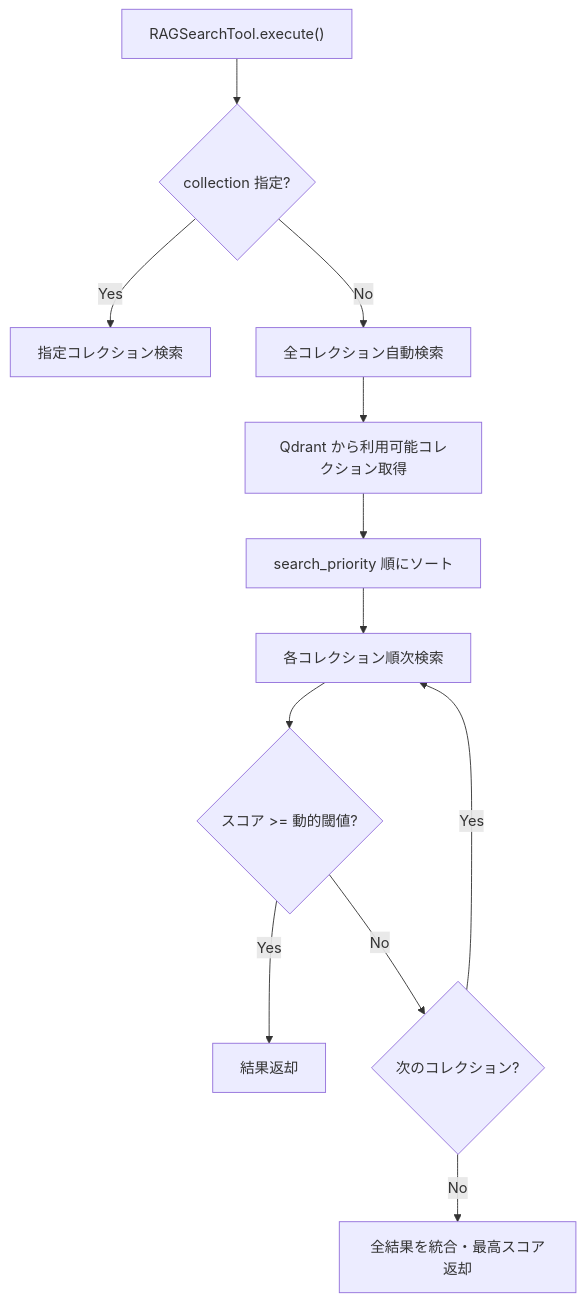
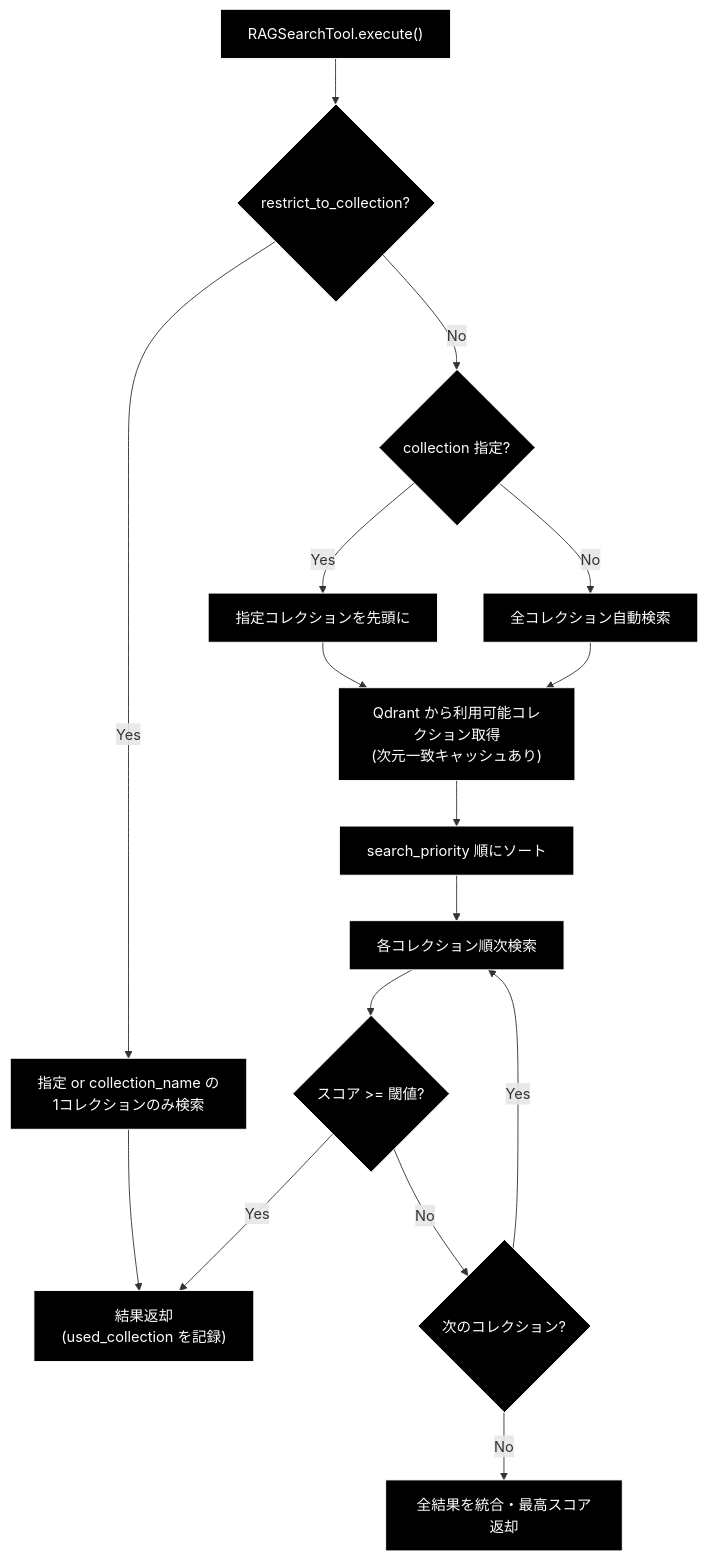
Before and after one commit to nakashima2toshio/openai_grace_agent: the tenth of 13 diagrams in readme_autonomous_agent.md, drawn with Mermaid. The commit also changed other lines of this file and 4 other files, not shown here.

````diff
--- a/readme_autonomous_agent.md
+++ b/readme_autonomous_agent.md
@@ -1160,14 +1426,21 @@
 ```mermaid
 flowchart TB
-    A["RAGSearchTool.execute()"] --> B{"collection 指定?"}
-    B -->|Yes| C["指定コレクション検索"]
+    A["RAGSearchTool.execute()"] --> RC{"restrict_to_collection?"}
+    RC -->|Yes| RC1["指定 or collection_name の<br/>1コレクションのみ検索"]
+    RC -->|No| B{"collection 指定?"}
+    B -->|Yes| C["指定コレクションを先頭に"]
     B -->|No| D["全コレクション自動検索"]
-    D --> E["Qdrant から利用可能コレクション取得"]
+    C --> E["Qdrant から利用可能コレクション取得<br/>(次元一致キャッシュあり)"]
+    D --> E
     E --> F["search_priority 順にソート"]
     F --> G["各コレクション順次検索"]
-    G --> H{"スコア >= 動的閾値?"}
-    H -->|Yes| I["結果返却"]
+    G --> H{"スコア >= 閾値?"}
+    H -->|Yes| I["結果返却<br/>(used_collection を記録)"]
     H -->|No| J{"次のコレクション?"}
     J -->|Yes| G
     J -->|No| K["全結果を統合・最高スコア返却"]
+    RC1 --> I
+classDef default fill:#000,stroke:#fff,color:#fff
+classDef subgraphStyle fill:#1a1a1a,stroke:#fff,color:#fff
+class A,RC,RC1,B,C,D,E,F,G,H,I,J,K default
 ```
````
